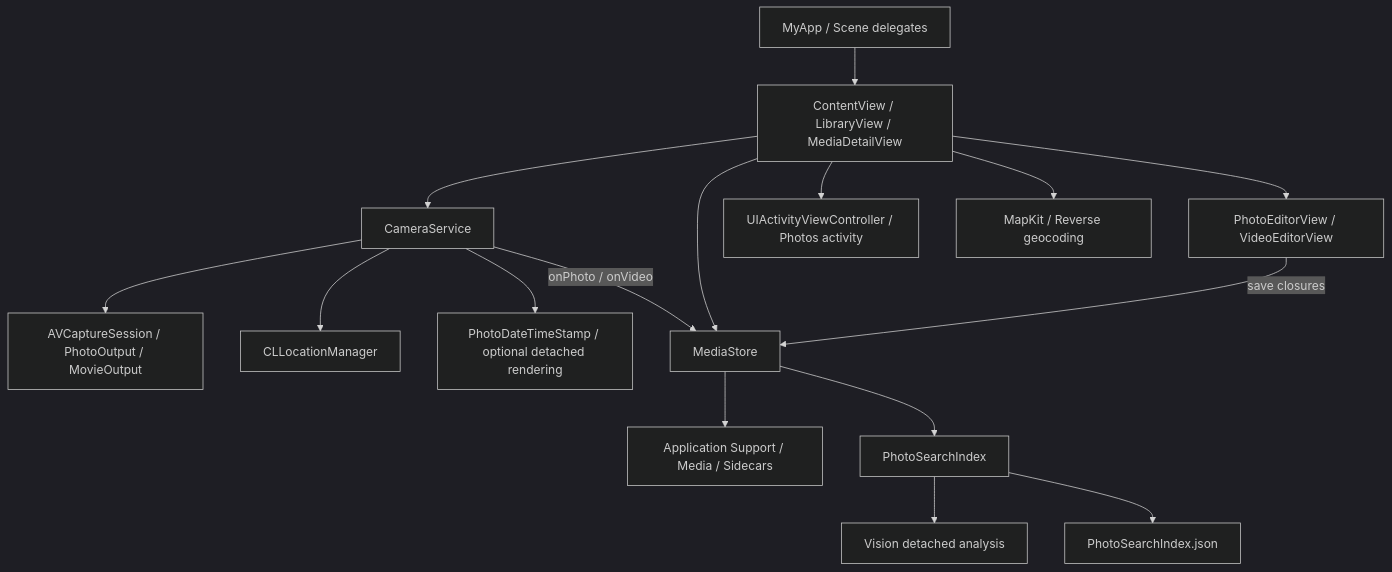
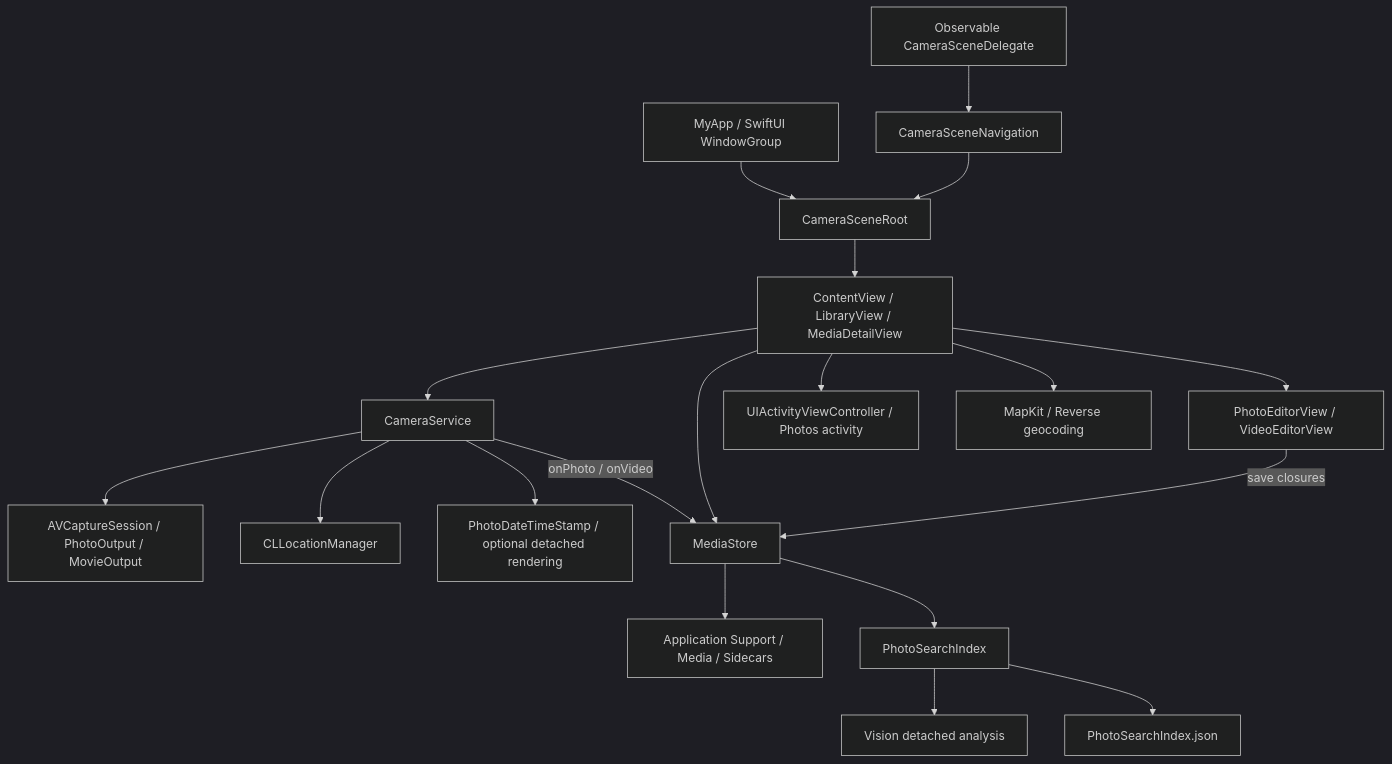
Before and after one commit to q7jxb7yxdk-star/work-camera: the diagram in TECHNICAL_DOCUMENTATION.md, drawn with Mermaid (dark theme). The commit also changed other lines of this file and 4 other files, not shown here.

Commit message:
Route library shortcuts through SwiftUI root navigation

````diff
--- a/TECHNICAL_DOCUMENTATION.md
+++ b/TECHNICAL_DOCUMENTATION.md
@@ -24,18 +24,21 @@
 ```mermaid
 flowchart TD
-    App[MyApp / Scene delegates] --> UI[ContentView / LibraryView / MediaDetailView]
+    App[MyApp / SwiftUI WindowGroup] --> Root[CameraSceneRoot]
+    Delegate[Observable CameraSceneDelegate] --> Route[CameraSceneNavigation]
+    Route --> Root
+    Root --> UI[ContentView / LibraryView / MediaDetailView]
     UI --> Camera[CameraService]
     Camera --> AV[AVCaptureSession / PhotoOutput / MovieOutput]
     Camera --> Location[CLLocationManager]
     Camera --> Stamp[PhotoDateTimeStamp / optional detached rendering]
     Camera -->|onPhoto / onVideo| Store[MediaStore]
     UI --> Store
     Store --> Files[Application Support / Media / Sidecars]
     Store --> Search[PhotoSearchIndex]
     Search --> Vision[Vision detached analysis]
     Search --> Cache[PhotoSearchIndex.json]
     UI --> Editors[PhotoEditorView / VideoEditorView]
     Editors -->|save closures| Store
     UI --> Share[UIActivityViewController / Photos activity]
     UI --> Maps[MapKit / Reverse geocoding]
 ```
````
